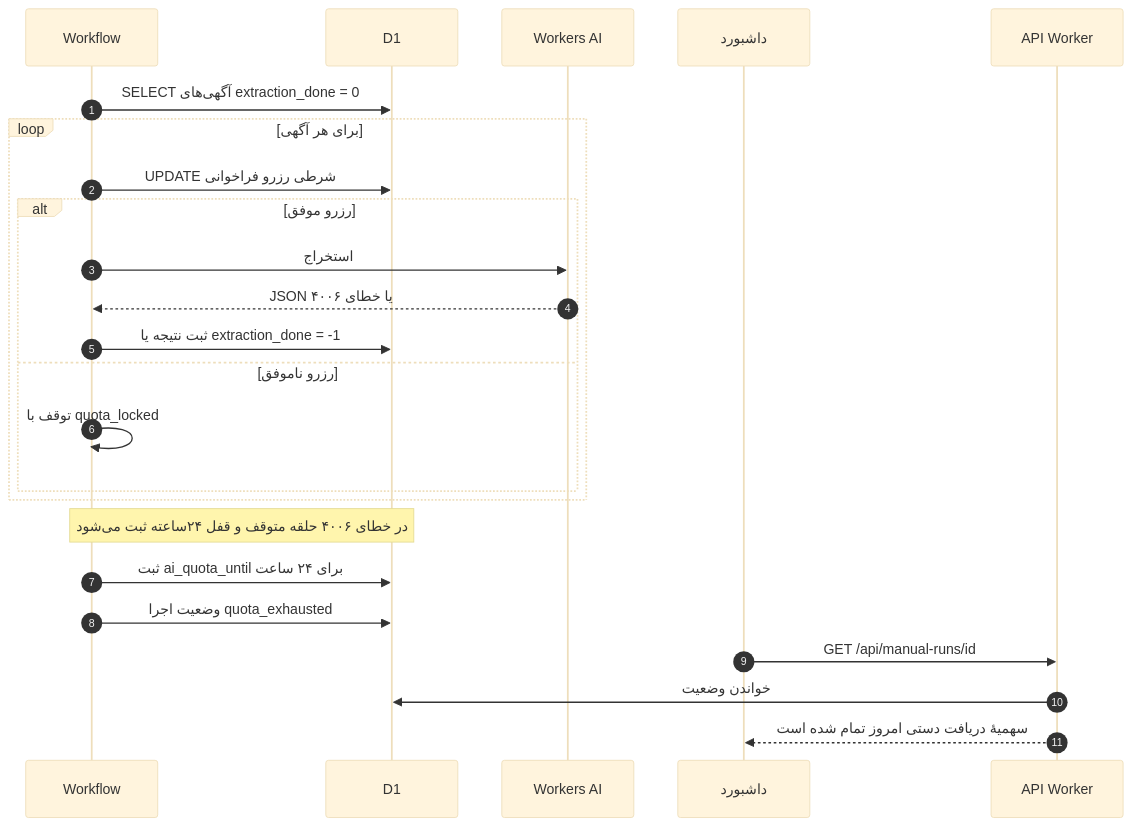
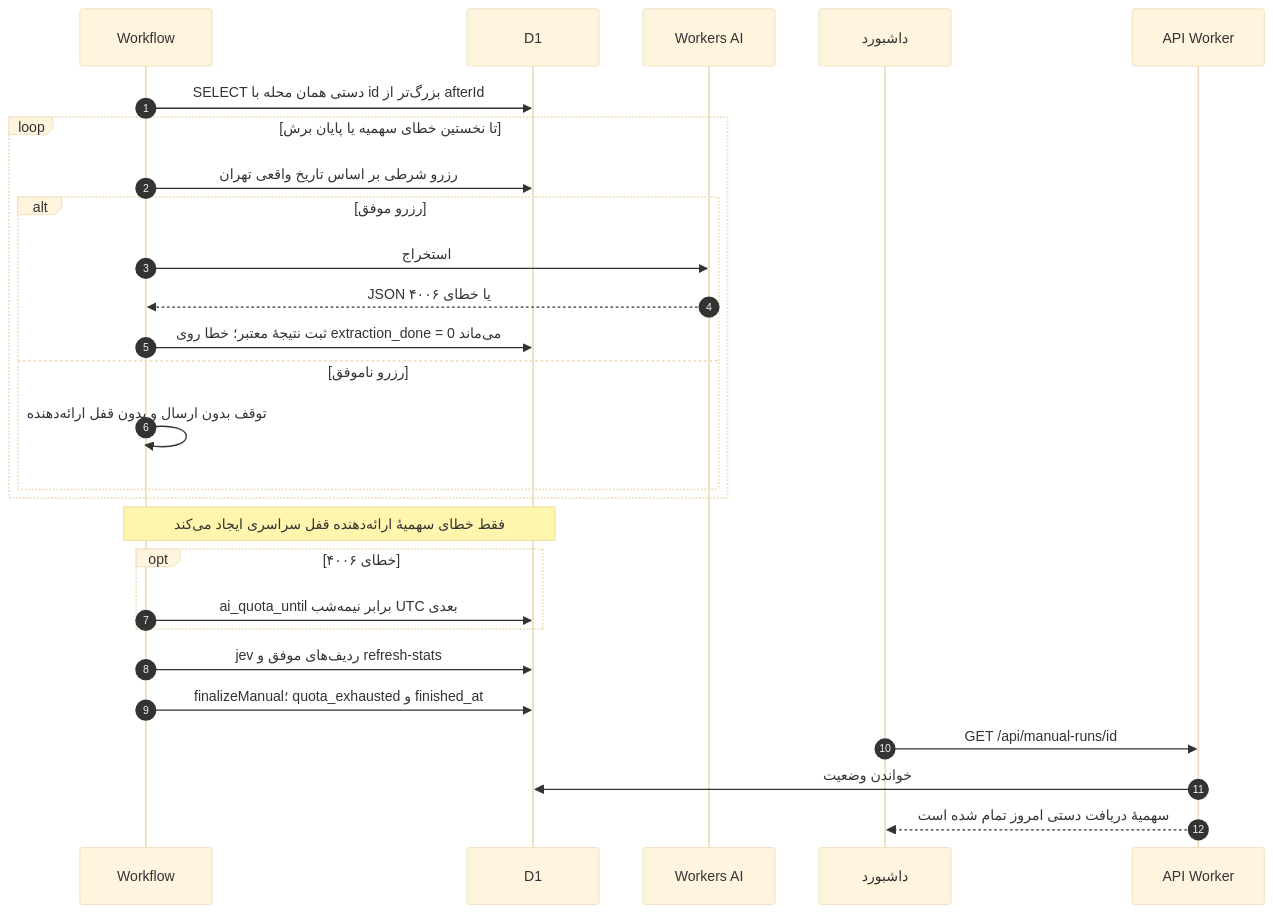
Diagram 14 of 16 in OOAD_MANUAL_FETCH_FA.md (f4r6d/divar-housing-finder), drawn with Mermaid (base theme) before and after one commit. The commit also changed other lines of this file and 3 other files, not shown here.

````diff
--- a/OOAD_MANUAL_FETCH_FA.md
+++ b/OOAD_MANUAL_FETCH_FA.md
@@ -954,27 +981,30 @@
 ```mermaid
 sequenceDiagram
   autonumber
   participant WF as Workflow
   participant DB as D1
   participant AI as Workers AI
   participant UI as داشبورد
   participant API as API Worker
 
-  WF->>DB: SELECT آگهی‌های extraction_done = 0
-  loop برای هر آگهی
-    WF->>DB: UPDATE شرطی رزرو فراخوانی
+  WF->>DB: SELECT دستی همان محله با id بزرگ‌تر از afterId
+  loop تا نخستین خطای سهمیه یا پایان برش
+    WF->>DB: رزرو شرطی بر اساس تاریخ واقعی تهران
     alt رزرو موفق
       WF->>AI: استخراج
       AI-->>WF: JSON یا خطای ۴۰۰۶
-      WF->>DB: ثبت نتیجه یا extraction_done = -1
+      WF->>DB: ثبت نتیجهٔ معتبر؛ خطا روی extraction_done = 0 می‌ماند
     else رزرو ناموفق
-      WF->>WF: توقف با quota_locked
+      WF->>WF: توقف بدون ارسال و بدون قفل ارائه‌دهنده
     end
   end
-  Note over WF,DB: در خطای ۴۰۰۶ حلقه متوقف و قفل ۲۴ساعته ثبت می‌شود
-  WF->>DB: ثبت ai_quota_until برای ۲۴ ساعت
-  WF->>DB: وضعیت اجرا quota_exhausted
+  Note over WF,DB: فقط خطای سهمیهٔ ارائه‌دهنده قفل سراسری ایجاد می‌کند
+  opt خطای ۴۰۰۶
+    WF->>DB: ai_quota_until برابر نیمه‌شب UTC بعدی
+  end
+  WF->>DB: jev ردیف‌های موفق و refresh-stats
+  WF->>DB: finalizeManual؛ quota_exhausted و finished_at
   UI->>API: GET /api/manual-runs/id
   API->>DB: خواندن وضعیت
   API-->>UI: سهمیهٔ دریافت دستی امروز تمام شده است
 ```
````
